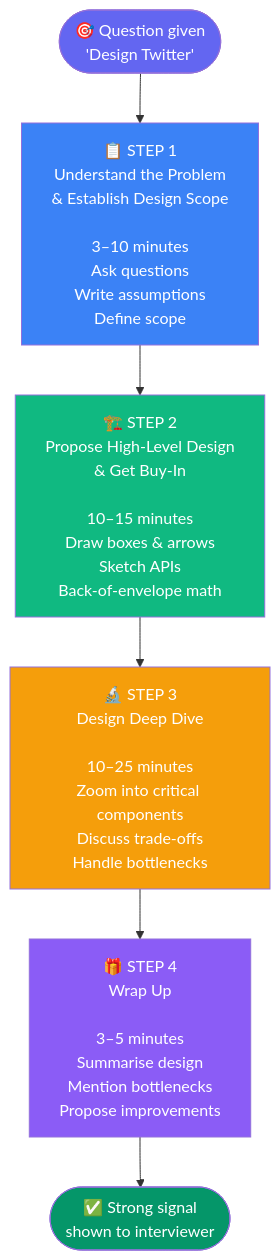
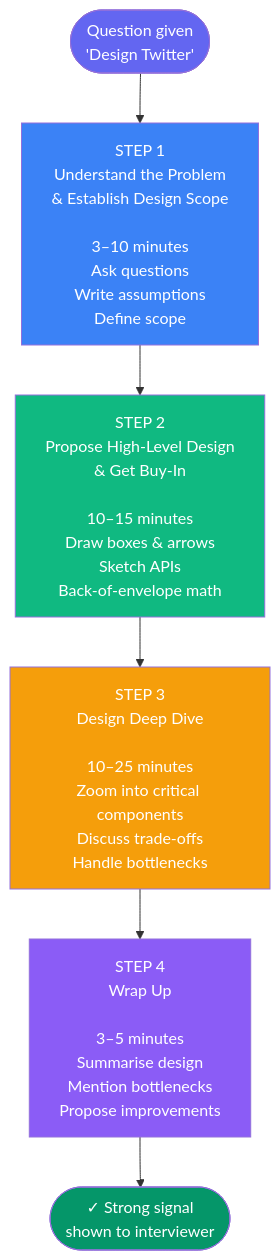
The third of 18 diagrams in content/posts/2026/framework-for-system-design-interviews.md (devops-monk/system-design-blog), drawn with Mermaid before and after one commit. The commit also changed other lines of this file and 5 other files, not shown here.

````diff
--- a/content/posts/2026/framework-for-system-design-interviews.md
+++ b/content/posts/2026/framework-for-system-design-interviews.md
@@ -92,23 +92,23 @@
 ```mermaid
 flowchart TD
-    START(["🎯 Question given\n'Design Twitter'"])
+    START(["Question given\n'Design Twitter'"])
 
-    S1["📋 STEP 1\nUnderstand the Problem\n& Establish Design Scope\n\n3–10 minutes\nAsk questions\nWrite assumptions\nDefine scope"]
+    S1["STEP 1\nUnderstand the Problem\n& Establish Design Scope\n\n3–10 minutes\nAsk questions\nWrite assumptions\nDefine scope"]
 
-    S2["🏗️ STEP 2\nPropose High-Level Design\n& Get Buy-In\n\n10–15 minutes\nDraw boxes & arrows\nSketch APIs\nBack-of-envelope math"]
+    S2["STEP 2\nPropose High-Level Design\n& Get Buy-In\n\n10–15 minutes\nDraw boxes & arrows\nSketch APIs\nBack-of-envelope math"]
 
-    S3["🔬 STEP 3\nDesign Deep Dive\n\n10–25 minutes\nZoom into critical components\nDiscuss trade-offs\nHandle bottlenecks"]
+    S3["STEP 3\nDesign Deep Dive\n\n10–25 minutes\nZoom into critical components\nDiscuss trade-offs\nHandle bottlenecks"]
 
-    S4["🎁 STEP 4\nWrap Up\n\n3–5 minutes\nSummarise design\nMention bottlenecks\nPropose improvements"]
+    S4["STEP 4\nWrap Up\n\n3–5 minutes\nSummarise design\nMention bottlenecks\nPropose improvements"]
 
-    HIRED(["✅ Strong signal\nshown to interviewer"])
+    HIRED(["✓ Strong signal\nshown to interviewer"])
 
     START --> S1 --> S2 --> S3 --> S4 --> HIRED
 
     style START fill:#6366F1,color:#fff
     style S1 fill:#3B82F6,color:#fff
     style S2 fill:#10B981,color:#fff
     style S3 fill:#F59E0B,color:#fff
     style S4 fill:#8B5CF6,color:#fff
     style HIRED fill:#059669,color:#fff
 ```
````
